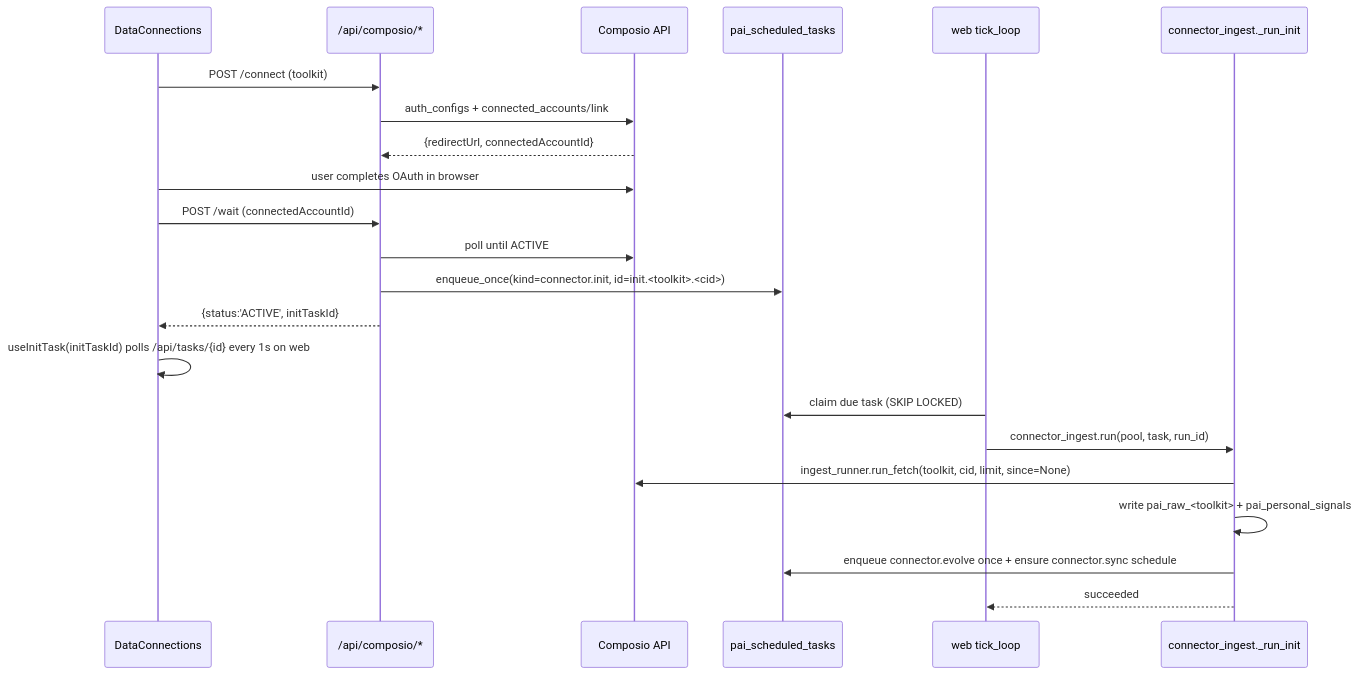
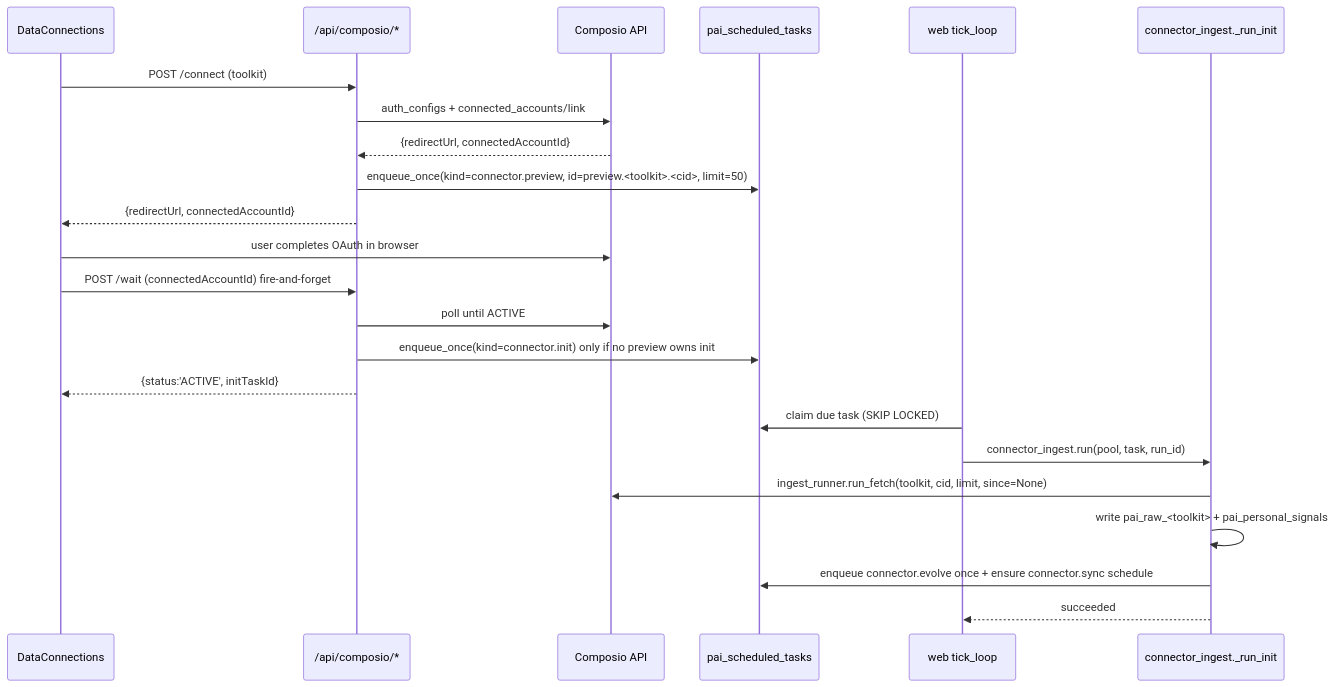
Before and after one commit to Edge-AI-HQ/proactive-assistant: the second of 4 diagrams in docs/modules/data-connectors.mdx, drawn with Mermaid. The commit also changed other lines of this file and 13 other files, not shown here.

Commit message:
feat(onboarding): run connector preview in background

````diff
--- a/docs/modules/data-connectors.mdx
+++ b/docs/modules/data-connectors.mdx
@@ -112,25 +117,26 @@
 ```mermaid
 sequenceDiagram
   participant UI as DataConnections
   participant Route as /api/composio/*
   participant Composio as Composio API
   participant Q as pai_scheduled_tasks
   participant Sched as web tick_loop
   participant H as connector_ingest._run_init
 
   UI->>Route: POST /connect (toolkit)
   Route->>Composio: auth_configs + connected_accounts/link
   Composio-->>Route: {redirectUrl, connectedAccountId}
+  Route->>Q: enqueue_once(kind=connector.preview, id=preview.<toolkit>.<cid>, limit=50)
+  Route-->>UI: {redirectUrl, connectedAccountId}
   UI->>Composio: user completes OAuth in browser
-  UI->>Route: POST /wait (connectedAccountId)
+  UI->>Route: POST /wait (connectedAccountId) fire-and-forget
   Route->>Composio: poll until ACTIVE
-  Route->>Q: enqueue_once(kind=connector.init, id=init.<toolkit>.<cid>)
+  Route->>Q: enqueue_once(kind=connector.init) only if no preview owns init
   Route-->>UI: {status:'ACTIVE', initTaskId}
-  UI->>UI: useInitTask(initTaskId) polls /api/tasks/{id} every 1s on web
   Sched->>Q: claim due task (SKIP LOCKED)
   Sched->>H: connector_ingest.run(pool, task, run_id)
   H->>Composio: ingest_runner.run_fetch(toolkit, cid, limit, since=None)
   H->>H: write pai_raw_<toolkit> + pai_personal_signals
   H->>Q: enqueue connector.evolve once + ensure connector.sync schedule
   H-->>Sched: succeeded
 ```
````
